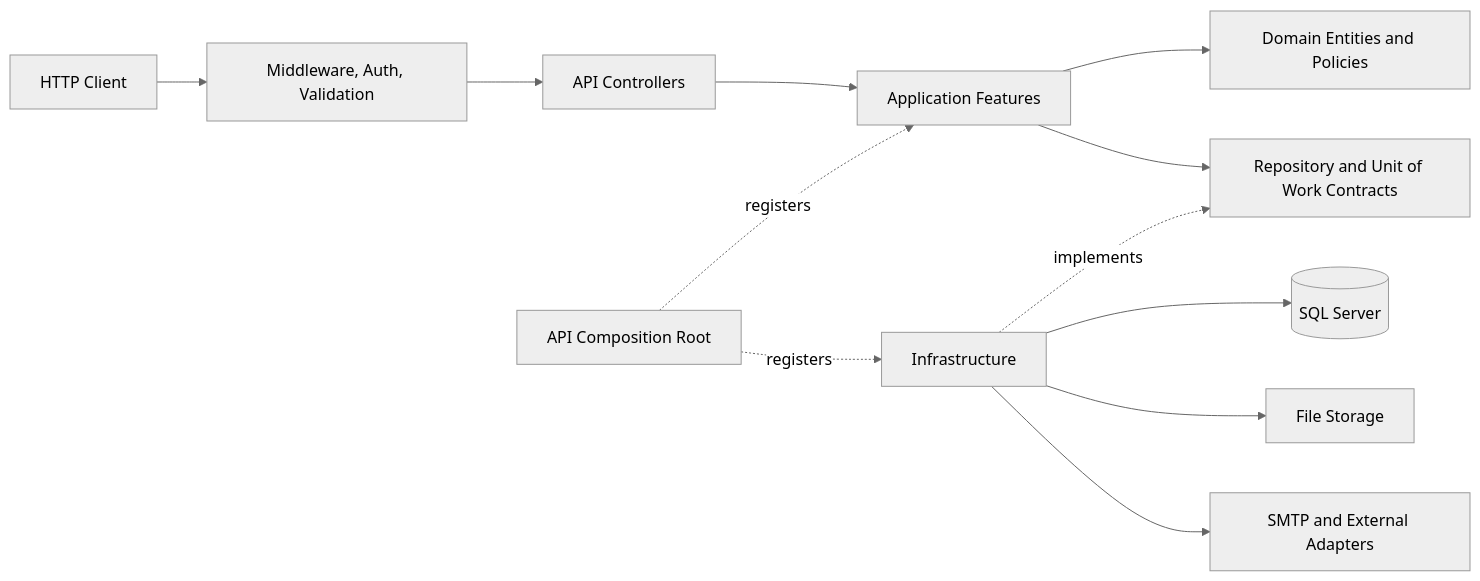
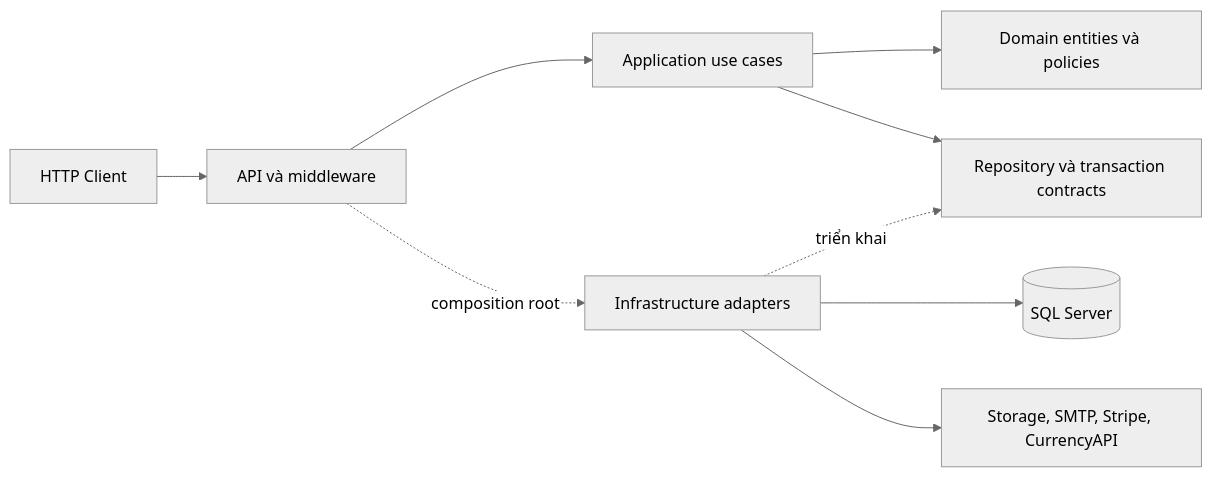
The diagram in README.md (Giapnocap/ECommerceBackend), drawn with Mermaid (neutral theme) before and after one commit. The commit also changed other lines of this file and 10 other files, not shown here.

````diff
--- a/README.md
+++ b/README.md
@@ -102,14 +79,11 @@
 ```mermaid
 flowchart LR
-    Client[HTTP Client] --> Pipeline[Middleware, Auth, Validation]
-    Pipeline --> Controller[API Controllers]
-    Controller --> Application[Application Features]
-    Application --> Domain[Domain Entities and Policies]
-    Application --> Contracts[Repository and Unit of Work Contracts]
-    Infrastructure[Infrastructure] -. implements .-> Contracts
+    Client[HTTP Client] --> API[API và middleware]
+    API --> Application[Application use cases]
+    Application --> Domain[Domain entities và policies]
+    Application --> Contracts[Repository và transaction contracts]
+    Infrastructure[Infrastructure adapters] -. triển khai .-> Contracts
     Infrastructure --> Database[(SQL Server)]
-    Infrastructure --> Storage[File Storage]
-    Infrastructure --> Notifications[SMTP and External Adapters]
-    API[API Composition Root] -. registers .-> Application
-    API -. registers .-> Infrastructure
+    Infrastructure --> External[Storage, SMTP, Stripe, CurrencyAPI]
+    API -. composition root .-> Infrastructure
 ```
````
